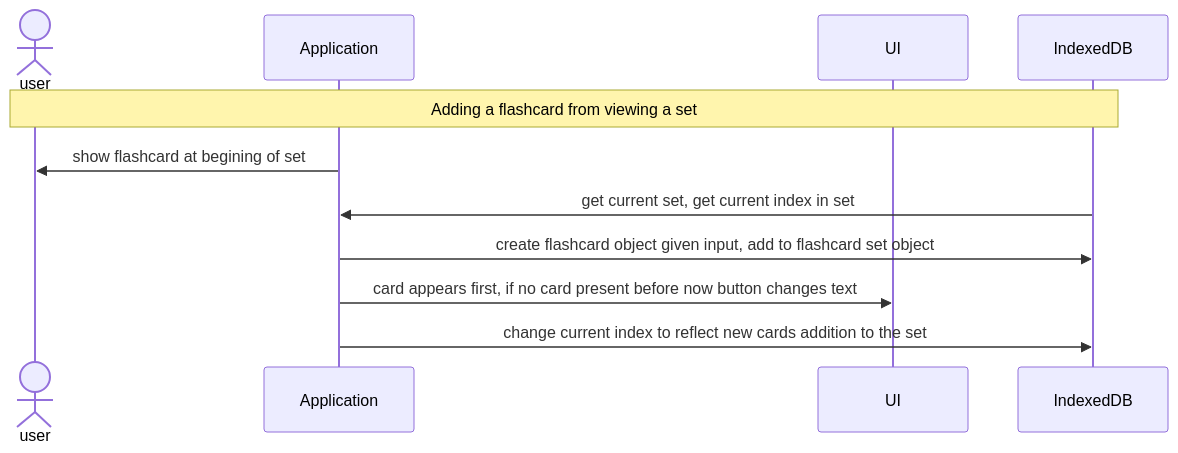
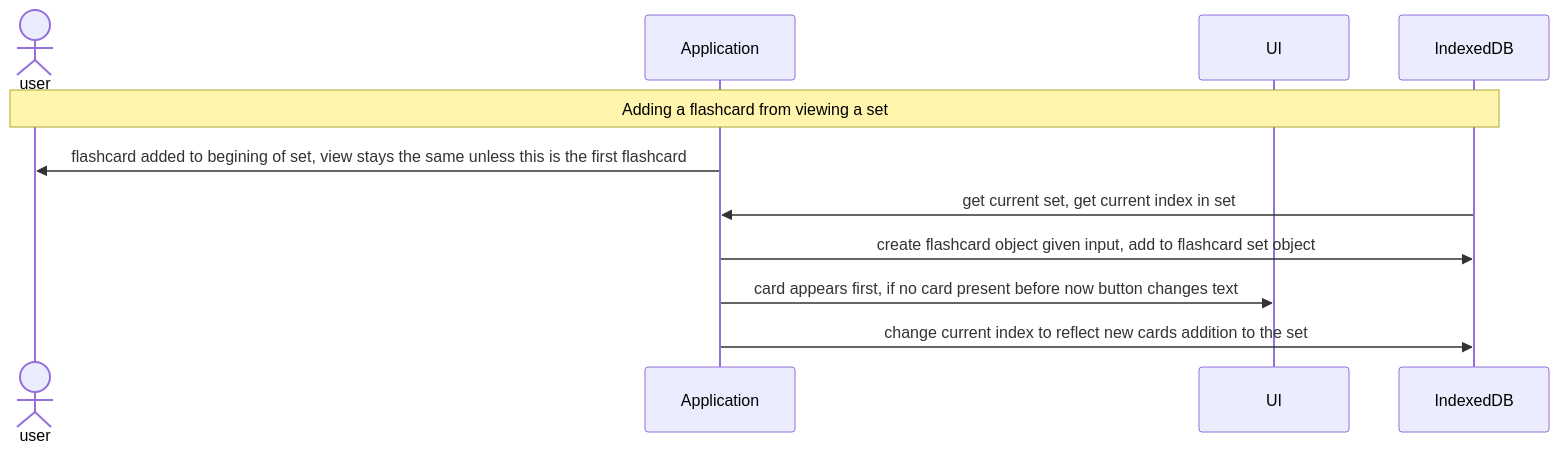
Before and after one commit to Henry-WK/henry-wk.github.io: the diagram in mermaid.md, drawn with Mermaid.

````diff
--- a/mermaid.md
+++ b/mermaid.md
@@ -1,14 +1,14 @@
 ```mermaid
   sequenceDiagram
   actor user
   participant app as Application
   participant ui as UI
   participant db as IndexedDB
 
   Note over user,db: Adding a flashcard from viewing a set
-  app->>user: show flashcard at begining of set
+  app->>user: flashcard added to begining of set, view stays the same unless this is the first flashcard
   db->>app: get current set, get current index in set
   app->>db: create flashcard object given input, add to flashcard set object
   app->>ui: card appears first, if no card present before now button changes text
   app->>db: change current index to reflect new cards addition to the set
 ```
````
